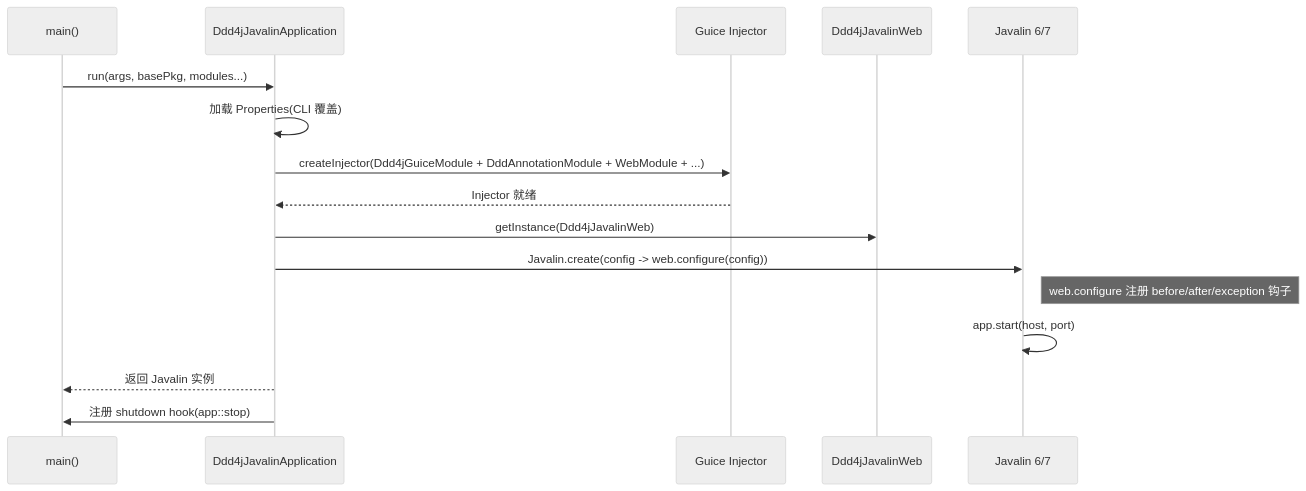
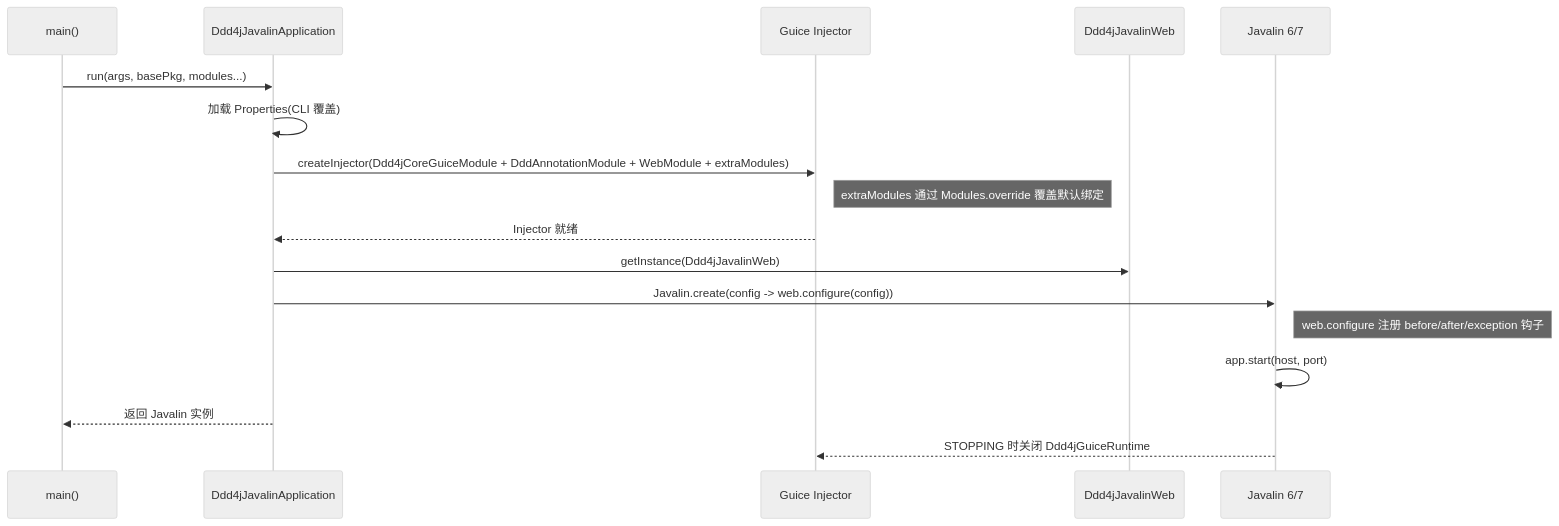
The third of 3 diagrams in docs/architecture.md (ddd-4-java/ddd4j-javalin), drawn with Mermaid (neutral theme) before and after one commit. The commit also changed other lines of this file, not shown here.

Commit message:
docs: clarify Javalin integration boundaries

````diff
--- a/docs/architecture.md
+++ b/docs/architecture.md
@@ -50,19 +89,20 @@
 ```mermaid
 sequenceDiagram
     participant Main as main()
     participant App as Ddd4jJavalinApplication
     participant Guice as Guice Injector
     participant Web as Ddd4jJavalinWeb
     participant Javalin as Javalin 6/7
 
     Main->>App: run(args, basePkg, modules...)
     App->>App: 加载 Properties(CLI 覆盖)
-    App->>Guice: createInjector(Ddd4jGuiceModule + DddAnnotationModule + WebModule + ...)
+    App->>Guice: createInjector(Ddd4jCoreGuiceModule + DddAnnotationModule + WebModule + extraModules)
+    Note right of Guice: extraModules 通过 Modules.override 覆盖默认绑定
     Guice-->>App: Injector 就绪
     App->>Web: getInstance(Ddd4jJavalinWeb)
     App->>Javalin: Javalin.create(config -> web.configure(config))
     Note right of Javalin: web.configure 注册 before/after/exception 钩子
     Javalin->>Javalin: app.start(host, port)
     App-->>Main: 返回 Javalin 实例
-    App->>Main: 注册 shutdown hook(app::stop)
+    Javalin-->>Guice: STOPPING 时关闭 Ddd4jGuiceRuntime
 ```
````
